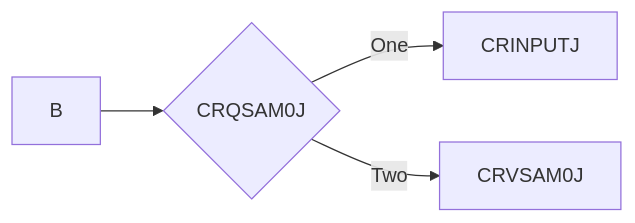
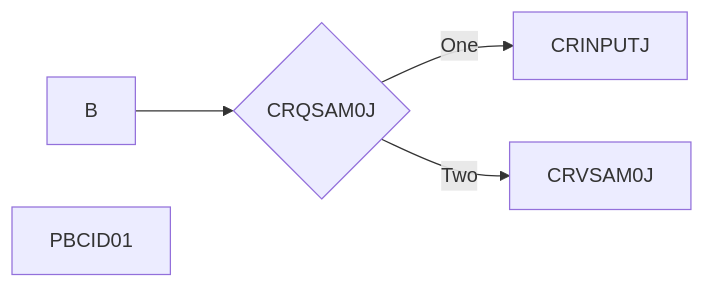
One commit to emreakdik/Cobol_Bootcamp changed the diagram in week_3/README.MD. Above: the diagram before and after it, drawn with Mermaid.

````diff
--- a/week_3/README.MD
+++ b/week_3/README.MD
@@ -1,6 +1,7 @@
 ```mermaid
 graph LR
   B --> C{CRQSAM0J}
   C -->|One| D[CRINPUTJ]
   C -->|Two| E[CRVSAM0J]
+A[PBCID01]
 ```
````
